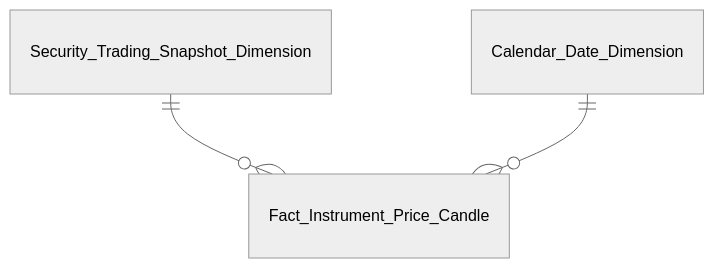
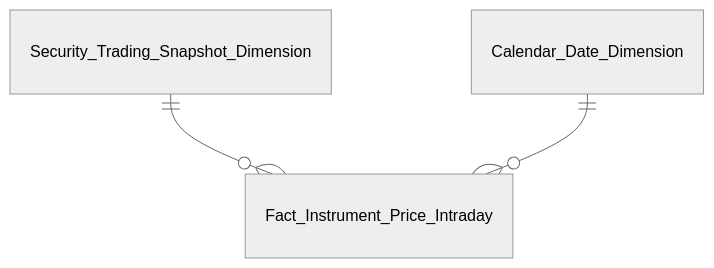
One commit to linhlvit/ubck_atomic_design changed the fifth of 17 diagrams in Datamart/hld/DTM_GSTT_Entities.md. Above: the diagram before and after it, drawn with Mermaid (neutral theme). The commit also changed other lines of this file and 11 other files, not shown here.

Commit message:
feat(GSTT): tach tach biet nen gia daily va intraday (fct_instrument_price_daily, fct_instrument_price_intraday)

````diff
--- a/Datamart/hld/DTM_GSTT_Entities.md
+++ b/Datamart/hld/DTM_GSTT_Entities.md
@@ -100,5 +102,5 @@
 ```mermaid
 erDiagram
-    Security_Trading_Snapshot_Dimension ||--o{ Fact_Instrument_Price_Candle : " "
-    Calendar_Date_Dimension ||--o{ Fact_Instrument_Price_Candle : " "
+    Security_Trading_Snapshot_Dimension ||--o{ Fact_Instrument_Price_Intraday : " "
+    Calendar_Date_Dimension ||--o{ Fact_Instrument_Price_Intraday : " "
 ```
````
